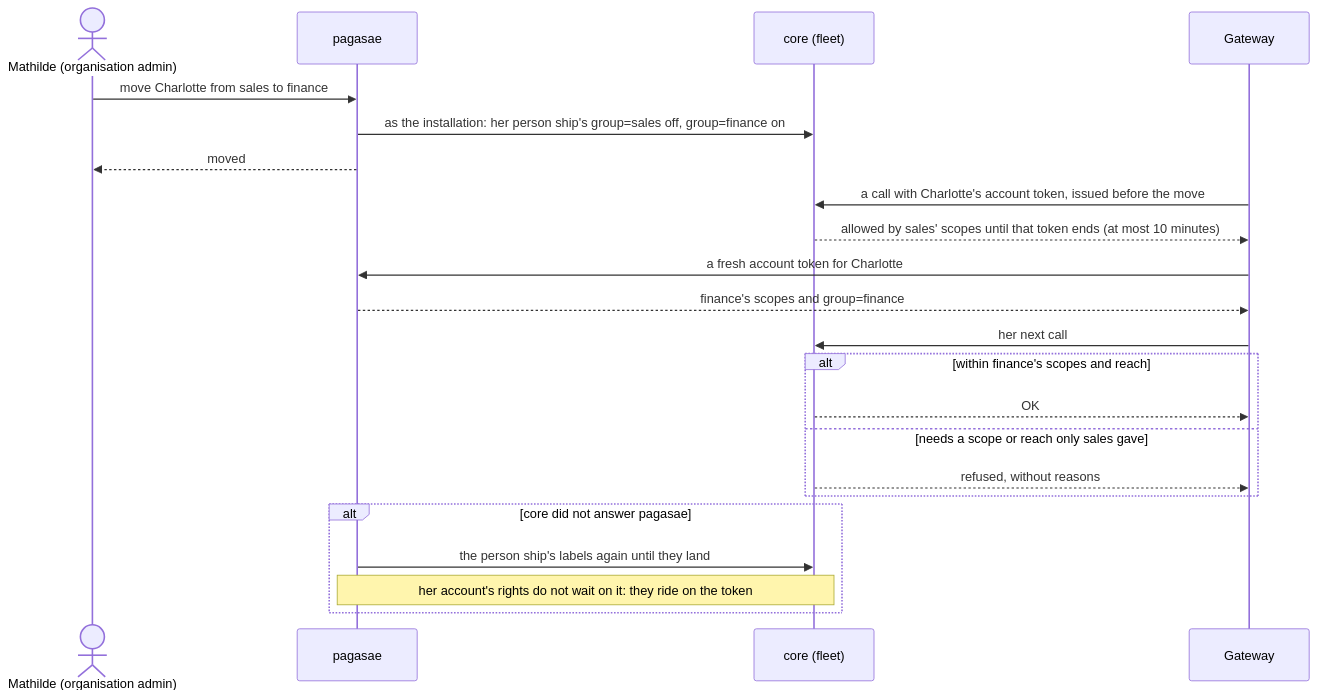
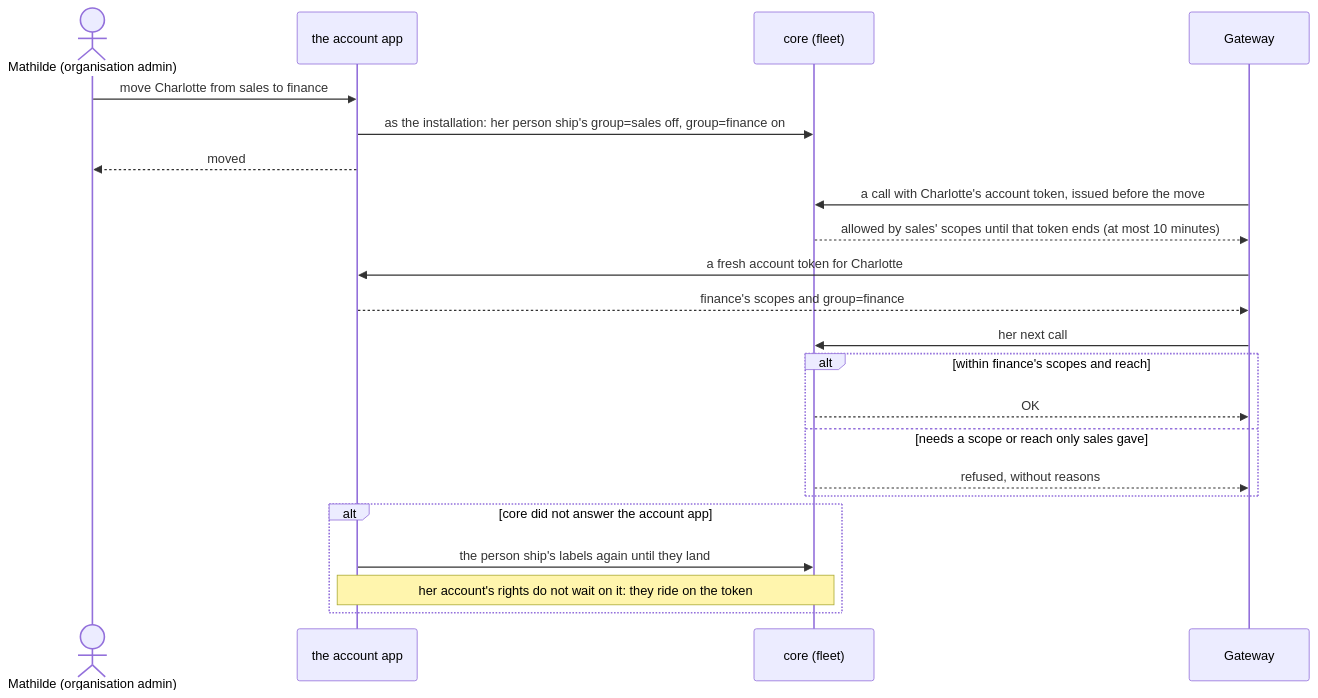
One commit to ThomasHendrickx/aeolus-fleet changed the third of 11 diagrams in docs/design/accounts/phase-2/flows.md. Above: the diagram before and after it, drawn with Mermaid. The commit also changed other lines of this file and 157 other files, not shown here.

Commit message:
refactor: use neutral account app terminology

````diff
--- a/docs/design/accounts/phase-2/flows.md
+++ b/docs/design/accounts/phase-2/flows.md
@@ -80,24 +80,24 @@
 ```mermaid
 sequenceDiagram
   actor M as Mathilde (organisation admin)
-  participant P as pagasae
+  participant P as the account app
   participant C as core (fleet)
   participant G as Gateway
   M->>P: move Charlotte from sales to finance
   P->>C: as the installation: her person ship's group=sales off, group=finance on
   P-->>M: moved
   G->>C: a call with Charlotte's account token, issued before the move
   C-->>G: allowed by sales' scopes until that token ends (at most 10 minutes)
   G->>P: a fresh account token for Charlotte
   P-->>G: finance's scopes and group=finance
   G->>C: her next call
   alt within finance's scopes and reach
     C-->>G: OK
   else needs a scope or reach only sales gave
     C-->>G: refused, without reasons
   end
-  alt core did not answer pagasae
+  alt core did not answer the account app
     P->>C: the person ship's labels again until they land
     Note over P,C: her account's rights do not wait on it: they ride on the token
   end
 ```
````
